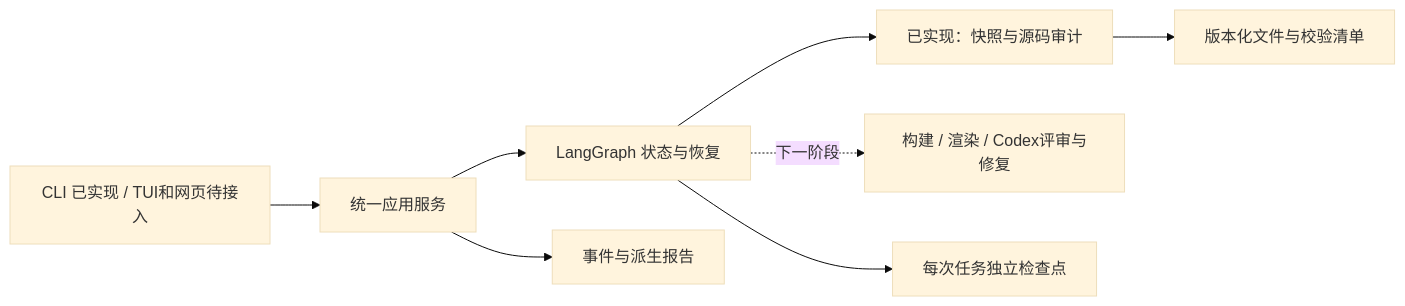
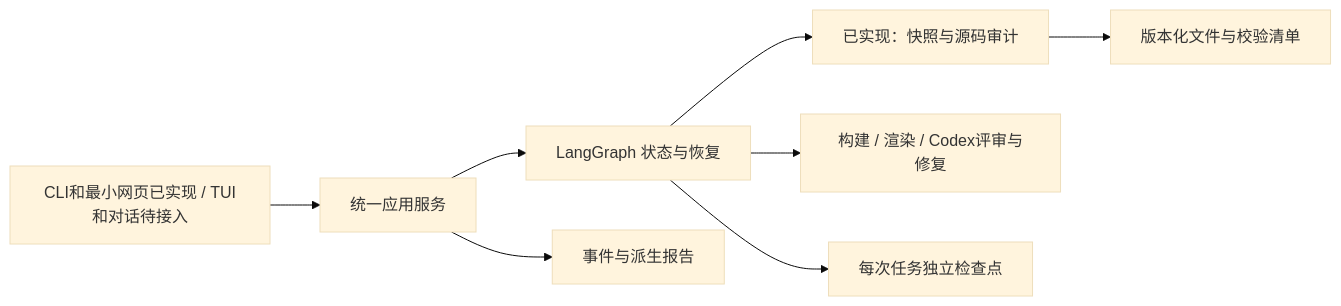
The diagram in scripts/room-agent/README.md (zihanghuang66/room_agent), drawn with Mermaid (base theme) before and after one commit. The commit also changed other lines of this file and 25 other files, not shown here.

Commit message:
feat: deliver saved-scene review graph and web monitor

````diff
--- a/scripts/room-agent/README.md
+++ b/scripts/room-agent/README.md
@@ -9,10 +11,10 @@
 ```mermaid
 flowchart LR
-    CLI[CLI 已实现 / TUI和网页待接入] --> Service[统一应用服务]
+    CLI[CLI和最小网页已实现 / TUI和对话待接入] --> Service[统一应用服务]
     Service --> Graph[LangGraph 状态与恢复]
     Graph --> Audit[已实现：快照与源码审计]
-    Graph -.下一阶段.-> Workers[构建 / 渲染 / Codex评审与修复]
+    Graph --> Workers[构建 / 渲染 / Codex评审与修复]
     Graph --> DB[每次任务独立检查点]
     Audit --> Files[版本化文件与校验清单]
     Service --> Events[事件与派生报告]
 ```
````
